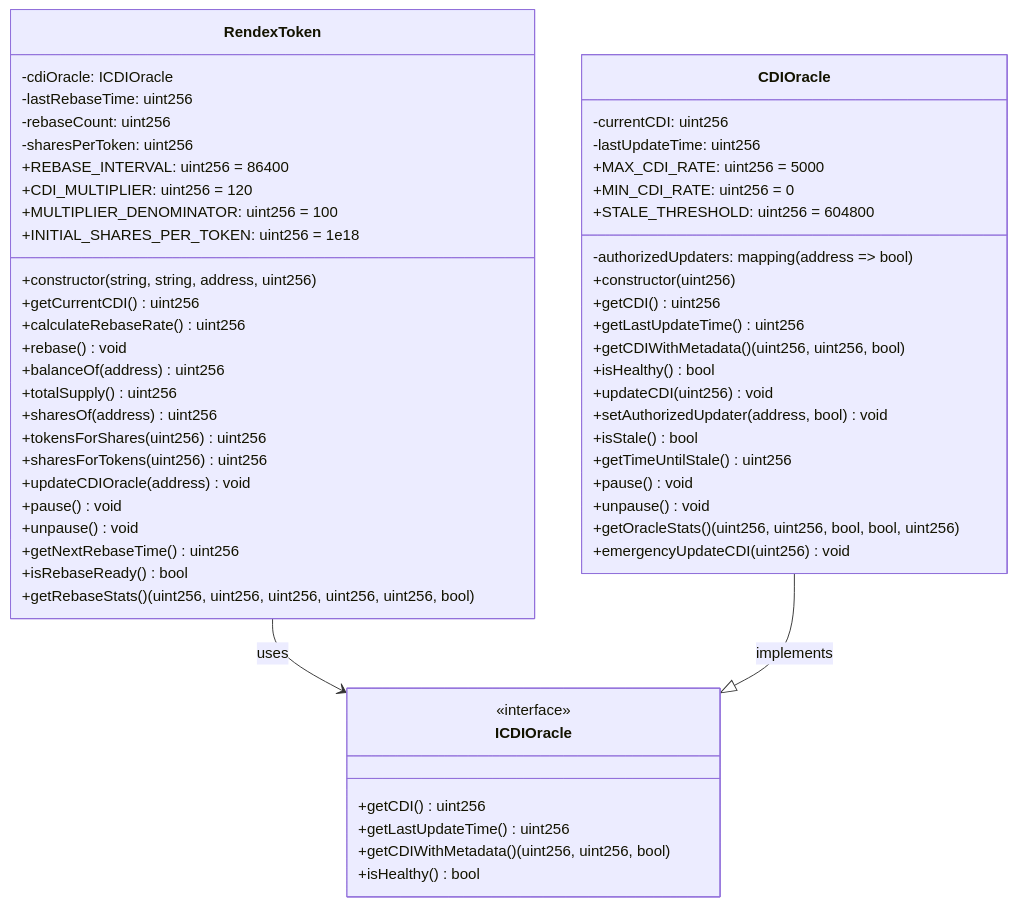
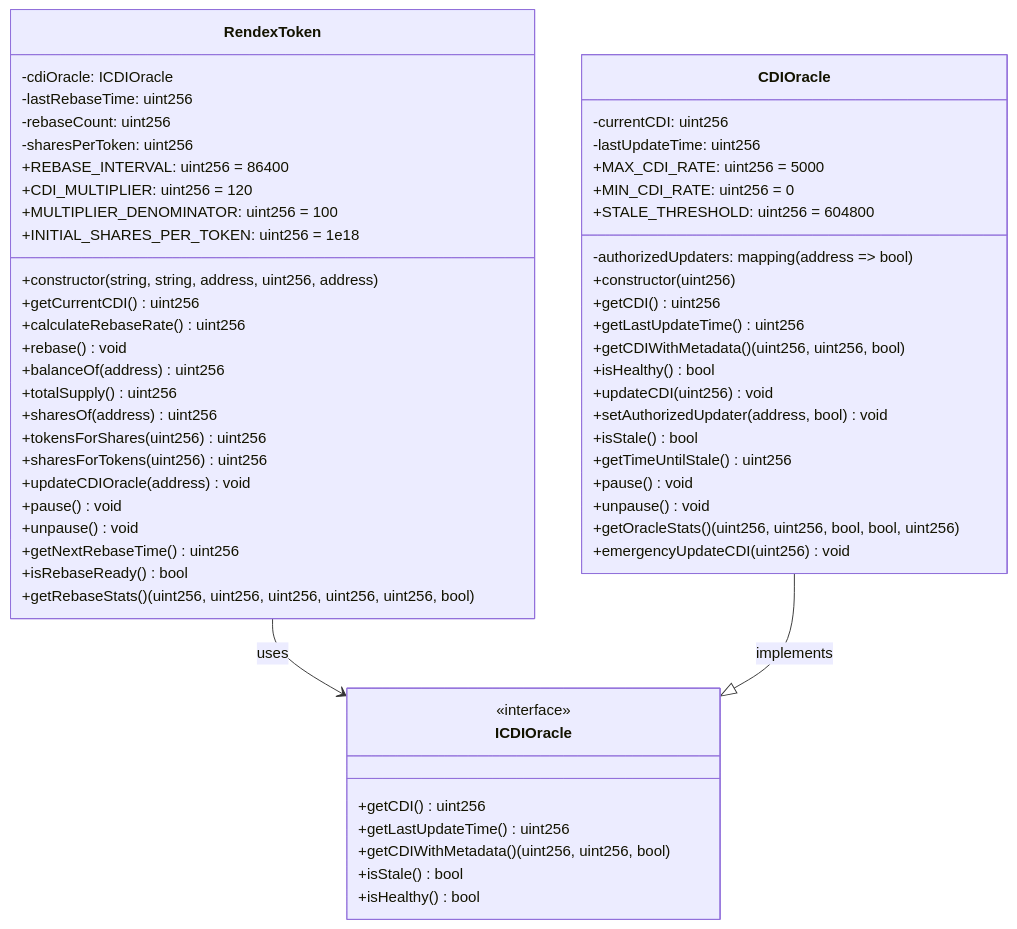
One commit to avirzin/Rendex changed the first of 5 diagrams in docs/UML-Class-Diagram.md. Above: the diagram before and after it, drawn with Mermaid. The commit also changed other lines of this file and 9 other files, not shown here.

````diff
--- a/docs/UML-Class-Diagram.md
+++ b/docs/UML-Class-Diagram.md
@@ -5,66 +5,67 @@
 ```mermaid
 classDiagram
     %% Interface
     class ICDIOracle {
         <<interface>>
         +getCDI() uint256
         +getLastUpdateTime() uint256
         +getCDIWithMetadata() (uint256, uint256, bool)
+        +isStale() bool
         +isHealthy() bool
     }
 
     %% Main Contracts
     class RendexToken {
         -cdiOracle: ICDIOracle
         -lastRebaseTime: uint256
         -rebaseCount: uint256
         -sharesPerToken: uint256
         +REBASE_INTERVAL: uint256 = 86400
         +CDI_MULTIPLIER: uint256 = 120
         +MULTIPLIER_DENOMINATOR: uint256 = 100
         +INITIAL_SHARES_PER_TOKEN: uint256 = 1e18
         
-        +constructor(string, string, address, uint256)
+        +constructor(string, string, address, uint256, address)
         +getCurrentCDI() uint256
         +calculateRebaseRate() uint256
         +rebase() void
         +balanceOf(address) uint256
         +totalSupply() uint256
         +sharesOf(address) uint256
         +tokensForShares(uint256) uint256
         +sharesForTokens(uint256) uint256
         +updateCDIOracle(address) void
         +pause() void
         +unpause() void
         +getNextRebaseTime() uint256
         +isRebaseReady() bool
         +getRebaseStats() (uint256, uint256, uint256, uint256, uint256, bool)
     }
 
     class CDIOracle {
         -currentCDI: uint256
         -lastUpdateTime: uint256
         -authorizedUpdaters: mapping(address => bool)
         +MAX_CDI_RATE: uint256 = 5000
         +MIN_CDI_RATE: uint256 = 0
         +STALE_THRESHOLD: uint256 = 604800
         
         +constructor(uint256)
         +getCDI() uint256
         +getLastUpdateTime() uint256
         +getCDIWithMetadata() (uint256, uint256, bool)
         +isHealthy() bool
         +updateCDI(uint256) void
         +setAuthorizedUpdater(address, bool) void
         +isStale() bool
         +getTimeUntilStale() uint256
         +pause() void
         +unpause() void
         +getOracleStats() (uint256, uint256, bool, bool, uint256)
         +emergencyUpdateCDI(uint256) void
     }
 
     %% Relationships
     RendexToken --> ICDIOracle : uses
     CDIOracle --|> ICDIOracle : implements
 ```
````
